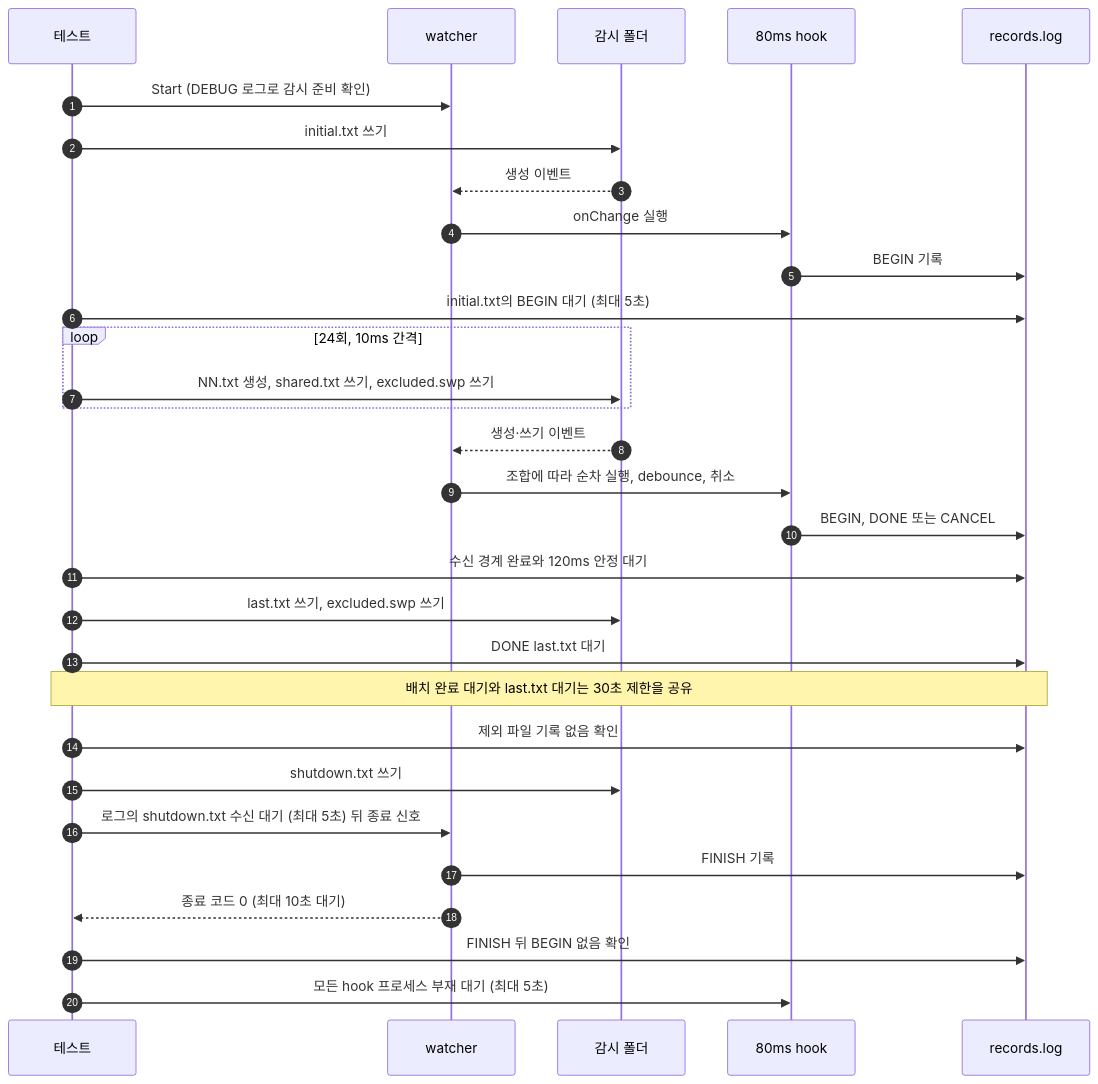
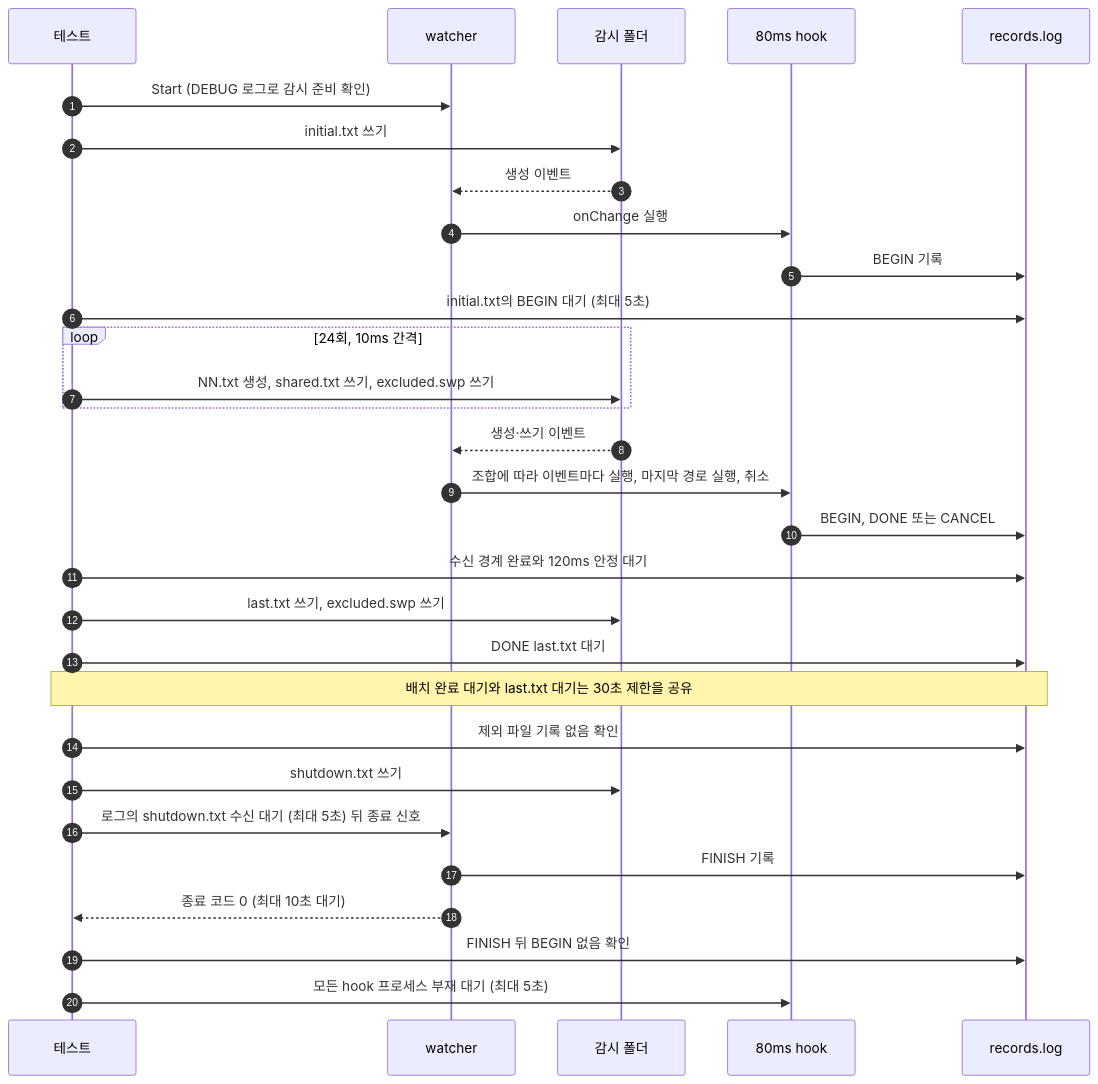
Before and after one commit to seungyeop-lee/directory-watcher: the diagram in e2e/docs/scenarios/fast-inflow-slow-hook.ko.md, drawn with Mermaid. The commit also changed other lines of this file and 47 other files, not shown here.

````diff
--- a/e2e/docs/scenarios/fast-inflow-slow-hook.ko.md
+++ b/e2e/docs/scenarios/fast-inflow-slow-hook.ko.md
@@ -34,32 +34,32 @@
 ```mermaid
 sequenceDiagram
     autonumber
     participant testCode as 테스트
     participant watcherProc as watcher
     participant watchDir as 감시 폴더
     participant slowHook as 80ms hook
     participant recordFile as records.log
     testCode->>watcherProc: Start (DEBUG 로그로 감시 준비 확인)
     testCode->>watchDir: initial.txt 쓰기
     watchDir-->>watcherProc: 생성 이벤트
     watcherProc->>slowHook: onChange 실행
     slowHook->>recordFile: BEGIN 기록
     testCode->>recordFile: initial.txt의 BEGIN 대기 (최대 5초)
     loop 24회, 10ms 간격
         testCode->>watchDir: NN.txt 생성, shared.txt 쓰기, excluded.swp 쓰기
     end
     watchDir-->>watcherProc: 생성·쓰기 이벤트
-    watcherProc->>slowHook: 조합에 따라 순차 실행, debounce, 취소
+    watcherProc->>slowHook: 조합에 따라 이벤트마다 실행, 마지막 경로 실행, 취소
     slowHook->>recordFile: BEGIN, DONE 또는 CANCEL
     testCode->>recordFile: 수신 경계 완료와 120ms 안정 대기
     testCode->>watchDir: last.txt 쓰기, excluded.swp 쓰기
     testCode->>recordFile: DONE last.txt 대기
     Note over testCode,recordFile: 배치 완료 대기와 last.txt 대기는 30초 제한을 공유
     testCode->>recordFile: 제외 파일 기록 없음 확인
     testCode->>watchDir: shutdown.txt 쓰기
     testCode->>watcherProc: 로그의 shutdown.txt 수신 대기 (최대 5초) 뒤 종료 신호
     watcherProc->>recordFile: FINISH 기록
     watcherProc-->>testCode: 종료 코드 0 (최대 10초 대기)
     testCode->>recordFile: FINISH 뒤 BEGIN 없음 확인
     testCode->>slowHook: 모든 hook 프로세스 부재 대기 (최대 5초)
 ```
````
